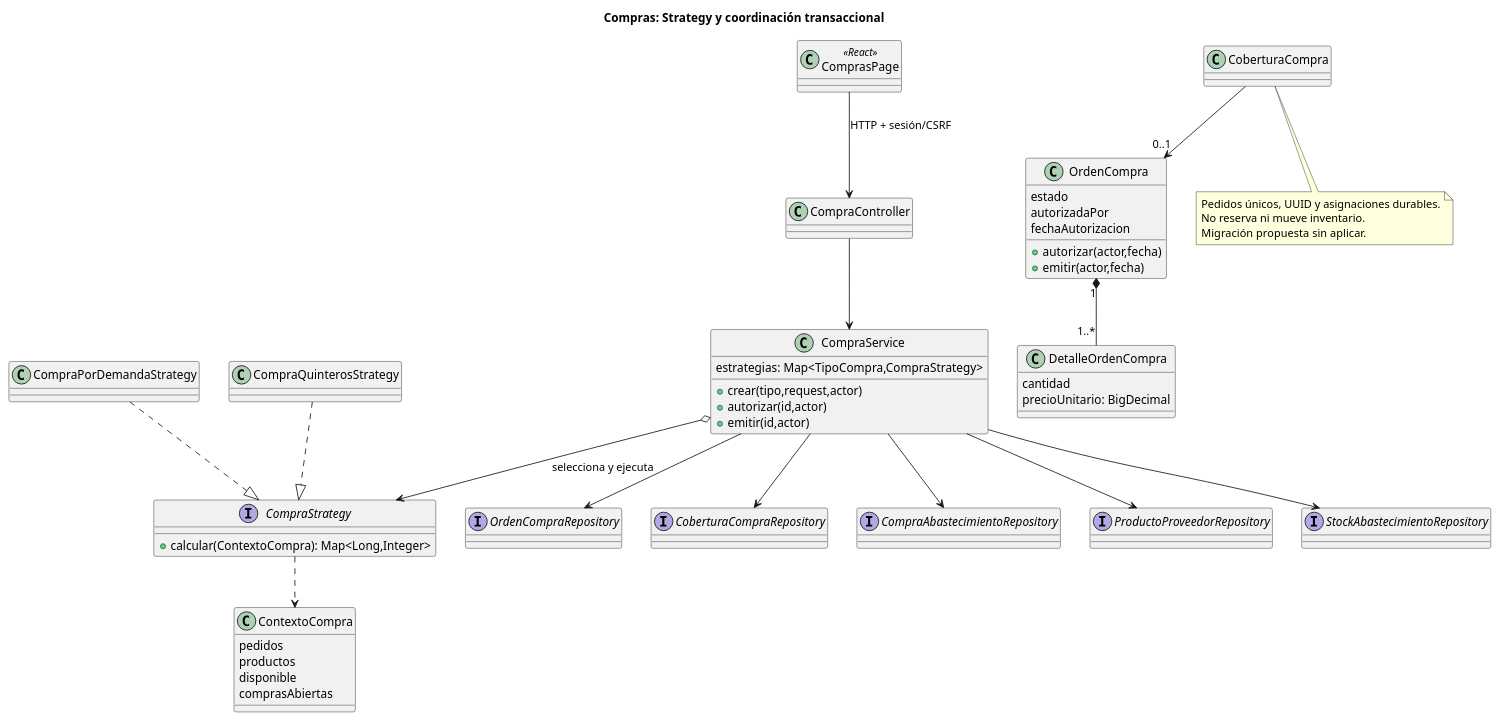
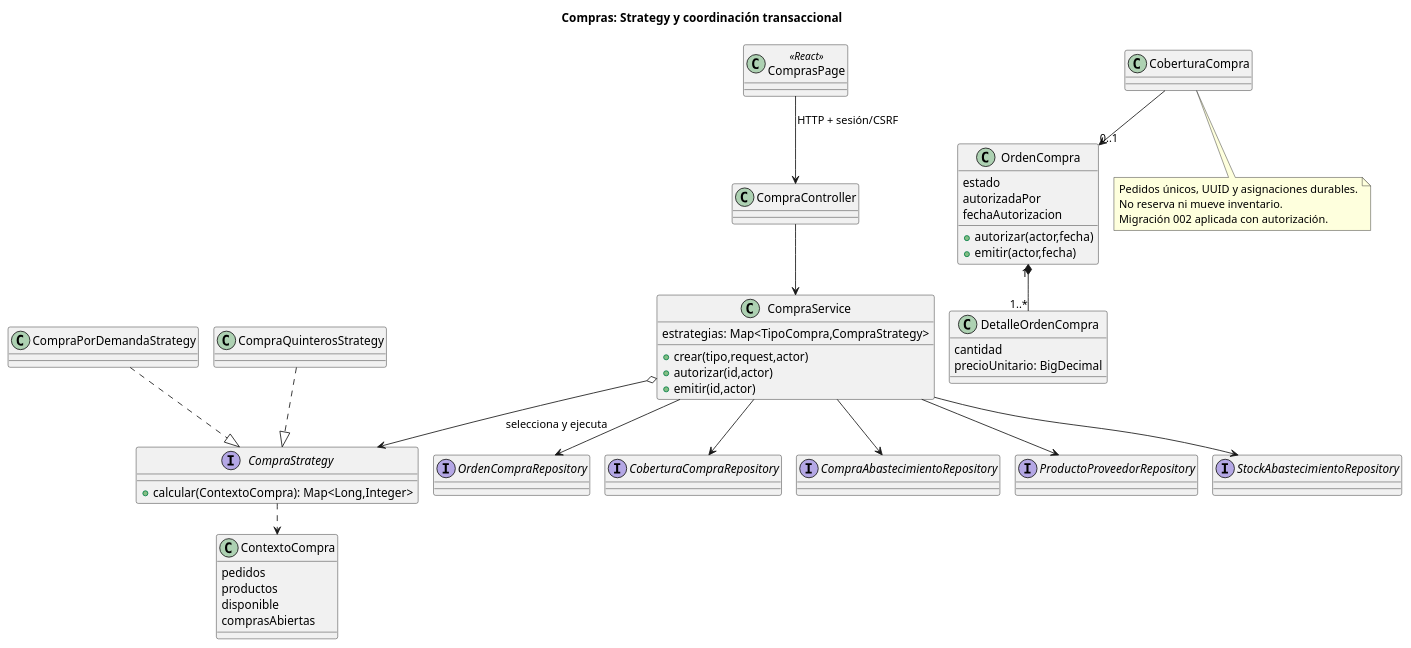
The diagram in docs/diagramas/compra-strategy.puml (mcirielli/Proyecto-Comunitarias), drawn with PlantUML before and after one commit. The commit also changed 14 other files, not shown here.

```diff
--- a/docs/diagramas/compra-strategy.puml
+++ b/docs/diagramas/compra-strategy.puml
@@ -1,57 +1,58 @@
 @startuml
+!pragma layout smetana
 title Compras: Strategy y coordinación transaccional
 interface CompraStrategy {
   +calcular(ContextoCompra): Map<Long,Integer>
 }
 class CompraPorDemandaStrategy
 class CompraQuinterosStrategy
 class ContextoCompra {
   pedidos
   productos
   disponible
   comprasAbiertas
 }
 class CompraService {
   estrategias: Map<TipoCompra,CompraStrategy>
   +crear(tipo,request,actor)
   +autorizar(id,actor)
   +emitir(id,actor)
 }
 class CompraController
 class ComprasPage <<React>>
 class OrdenCompra {
   estado
   autorizadaPor
   fechaAutorizacion
   +autorizar(actor,fecha)
   +emitir(actor,fecha)
 }
 class DetalleOrdenCompra {
   cantidad
   precioUnitario: BigDecimal
 }
 class CoberturaCompra
 interface OrdenCompraRepository
 interface CoberturaCompraRepository
 interface CompraAbastecimientoRepository
 interface ProductoProveedorRepository
 interface StockAbastecimientoRepository
 CompraPorDemandaStrategy ..|> CompraStrategy
 CompraQuinterosStrategy ..|> CompraStrategy
 CompraStrategy ..> ContextoCompra
 CompraService o--> CompraStrategy : selecciona y ejecuta
 ComprasPage --> CompraController : HTTP + sesión/CSRF
 CompraController --> CompraService
 CompraService --> OrdenCompraRepository
 CompraService --> CoberturaCompraRepository
 CompraService --> CompraAbastecimientoRepository
 CompraService --> ProductoProveedorRepository
 CompraService --> StockAbastecimientoRepository
 OrdenCompra "1" *-- "1..*" DetalleOrdenCompra
 CoberturaCompra --> "0..1" OrdenCompra
 note bottom of CoberturaCompra
 Pedidos únicos, UUID y asignaciones durables.
 No reserva ni mueve inventario.
-Migración propuesta sin aplicar.
+Migración 002 aplicada con autorización.
 end note
 @enduml
```
